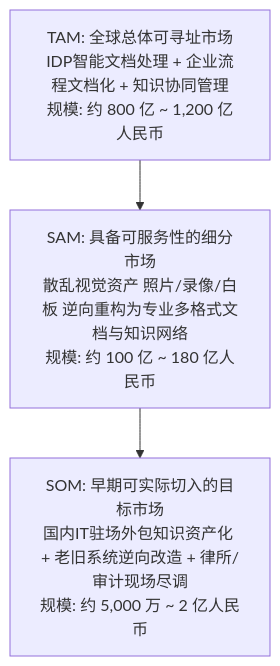
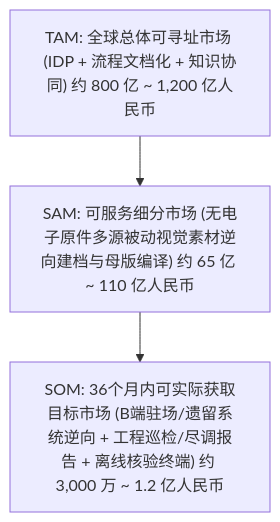
One commit to TK-zhang/tupian-zhuan-wendang changed the diagram in docs/01_市场调研与真实需求/01_全球市场规模与TAM_SAM_SOM测算报告.md. Above: the diagram before and after it, drawn with Mermaid. The commit also changed other lines of this file and 19 other files, not shown here.

````diff
--- a/docs/01_市场调研与真实需求/01_全球市场规模与TAM_SAM_SOM测算报告.md
+++ b/docs/01_市场调研与真实需求/01_全球市场规模与TAM_SAM_SOM测算报告.md
@@ -18,5 +22,5 @@
 ```mermaid
 flowchart TD
-    A[TAM: 全球总体可寻址市场<br>IDP智能文档处理 + 企业流程文档化 + 知识协同管理<br>规模: 约 800 亿 ~ 1,200 亿人民币] --> B[SAM: 具备可服务性的细分市场<br>散乱视觉资产 照片/录像/白板 逆向重构为专业多格式文档与知识网络<br>规模: 约 100 亿 ~ 180 亿人民币]
-    B --> C[SOM: 早期可实际切入的目标市场<br>国内IT驻场外包知识资产化 + 老旧系统逆向改造 + 律所/审计现场尽调<br>规模: 约 5,000 万 ~ 2 亿人民币]
+    A["TAM: 全球总体可寻址市场 (IDP + 流程文档化 + 知识协同) 约 800 亿 ~ 1,200 亿人民币"] --> B["SAM: 可服务细分市场 (无电子原件多源被动视觉素材逆向建档与母版编译) 约 65 亿 ~ 110 亿人民币"]
+    B --> C["SOM: 36个月内可实际获取目标市场 (B端驻场/遗留系统逆向 + 工程巡检/尽调报告 + 离线核验终端) 约 3,000 万 ~ 1.2 亿人民币"]
 ```
````
